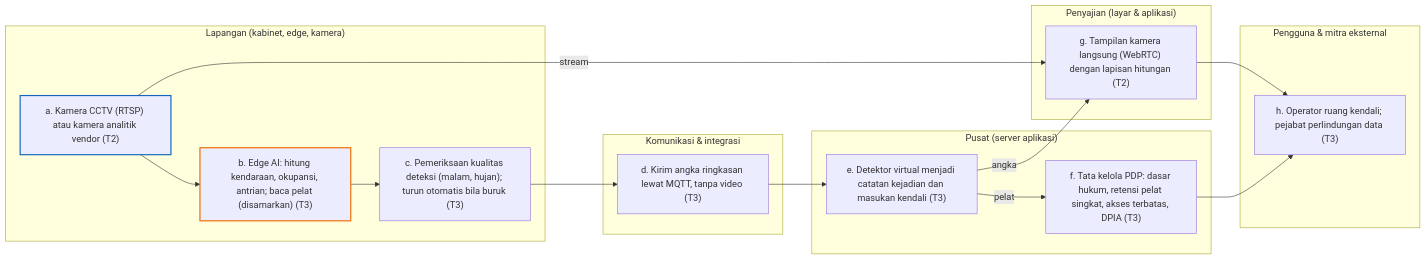
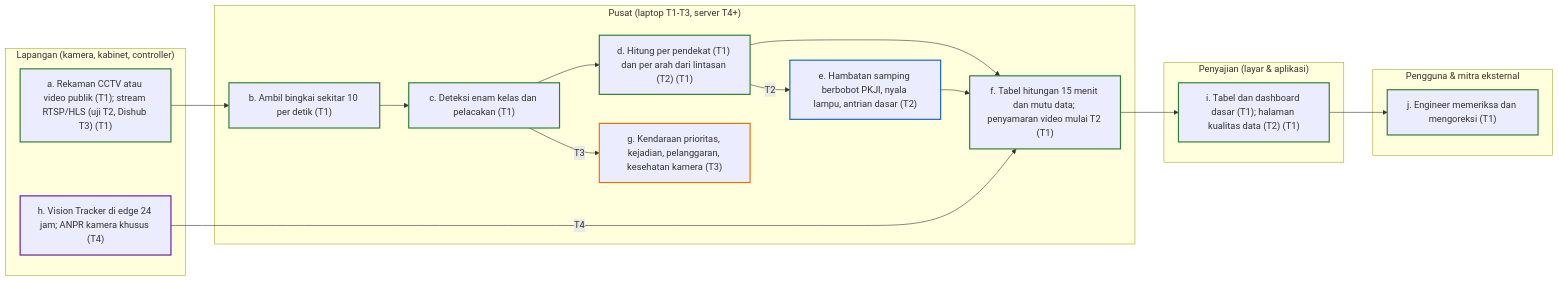
One commit to lionateofhaidar/irama-project changed the sixth of 12 diagrams in docs/planning/diagram/_bagian_diagram.md. Above: the diagram before and after it, drawn with Mermaid. The commit also changed other lines of this file and 75 other files, not shown here.

First line of the commit message:
Revisi fokus T2 Vision Tracker dan Optimasi Simpang; dokumen 14 sampai 16; diagram dirutekan ulang

````diff
--- a/docs/planning/diagram/_bagian_diagram.md
+++ b/docs/planning/diagram/_bagian_diagram.md
@@ -298,32 +321,39 @@
 ```mermaid
 flowchart LR
   subgraph P["Pengguna & mitra eksternal"]
-    F06h["h. Operator ruang kendali; pejabat perlindungan data (T3)"]
+    F06j["j. Engineer memeriksa dan mengoreksi (T1)"]
   end
   subgraph U["Penyajian (layar & aplikasi)"]
-    F06g["g. Tampilan kamera langsung (WebRTC) dengan lapisan hitungan (T2)"]
+    F06i["i. Tabel dan dashboard dasar (T1); halaman kualitas data (T2) (T1)"]
   end
-  subgraph S["Pusat (server aplikasi)"]
-    F06e["e. Detektor virtual menjadi catatan kejadian dan masukan kendali (T3)"]
-    F06f["f. Tata kelola PDP: dasar hukum, retensi pelat singkat, akses terbatas, DPIA (T3)"]
+  subgraph S["Pusat (laptop T1-T3, server T4+)"]
+    F06b["b. Ambil bingkai sekitar 10 per detik (T1)"]
+    F06c["c. Deteksi enam kelas dan pelacakan (T1)"]
+    F06d["d. Hitung per pendekat (T1) dan per arah dari lintasan (T2) (T1)"]
+    F06e["e. Hambatan samping berbobot PKJI, nyala lampu, antrian dasar (T2)"]
+    F06f["f. Tabel hitungan 15 menit dan mutu data; penyamaran video mulai T2 (T1)"]
+    F06g["g. Kendaraan prioritas, kejadian, pelanggaran, kesehatan kamera (T3)"]
   end
-  subgraph K["Komunikasi & integrasi"]
-    F06d["d. Kirim angka ringkasan lewat MQTT, tanpa video (T3)"]
-  end
-  subgraph L["Lapangan (kabinet, edge, kamera)"]
-    F06a["a. Kamera CCTV (RTSP) atau kamera analitik vendor (T2)"]
-    F06b["b. Edge AI: hitung kendaraan, okupansi, antrian; baca pelat (disamarkan) (T3)"]
-    F06c["c. Pemeriksaan kualitas deteksi (malam, hujan); turun otomatis bila buruk (T3)"]
+  subgraph L["Lapangan (kamera, kabinet, controller)"]
+    F06a["a. Rekaman CCTV atau video publik (T1); stream RTSP/HLS (uji T2, Dishub T3) (T1)"]
+    F06h["h. Vision Tracker di edge 24 jam; ANPR kamera khusus (T4)"]
   end
   F06a --> F06b
   F06b --> F06c
   F06c --> F06d
-  F06d --> F06e
-  F06e -->|pelat| F06f
-  F06a -->|stream| F06g
-  F06e -->|angka| F06g
-  F06g --> F06h
-  F06f --> F06h
-  style F06a stroke:#1565C0,stroke-width:2px
-  style F06b stroke:#EF6C00,stroke-width:2px
+  F06d -->|T2| F06e
+  F06d --> F06f
+  F06e --> F06f
+  F06c -->|T3| F06g
+  F06h -->|T4| F06f
+  F06f --> F06i
+  F06i --> F06j
+  classDef t1 stroke:#2E7D32,stroke-width:2px
+  class F06a,F06b,F06c,F06d,F06f,F06i,F06j t1
+  classDef t2 stroke:#1565C0,stroke-width:2px
+  class F06e t2
+  classDef t3 stroke:#EF6C00,stroke-width:2px
+  class F06g t3
+  classDef t4 stroke:#6A1B9A,stroke-width:2px
+  class F06h t4
 ```
````
